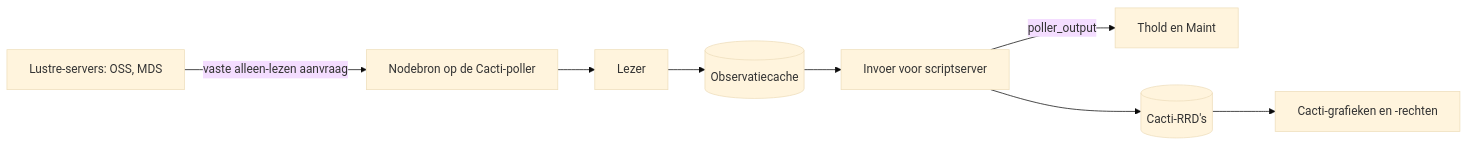
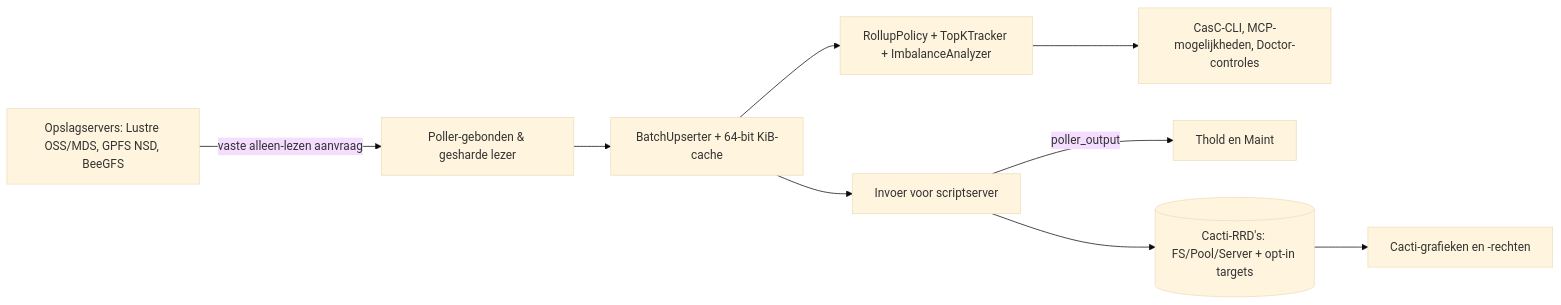
The diagram in docs/i18n/nl-NL/README.md (somethingwithproof/plugin_pfs), drawn with Mermaid (base theme) before and after one commit. The commit also changed other lines of this file and 47 other files, not shown here.

````diff
--- a/docs/i18n/nl-NL/README.md
+++ b/docs/i18n/nl-NL/README.md
@@ -74,10 +82,11 @@
 ```mermaid
 flowchart LR
-    N[Lustre-servers: OSS, MDS] -->|vaste alleen-lezen aanvraag| S[Nodebron op de Cacti-poller]
-    S --> R[Lezer]
-    R --> C[(Observatiecache)]
-    C --> SS[Invoer voor scriptserver]
-    SS -->|poller_output| T[Thold en Maint]
-    SS --> RRD[(Cacti-RRD's)]
-    RRD --> G[Cacti-grafieken en -rechten]
+    N["Opslagservers: Lustre OSS/MDS, GPFS NSD, BeeGFS"] -->|vaste alleen-lezen aanvraag| S["Poller-gebonden & gesharde lezer"]
+    S --> B["BatchUpserter + 64-bit KiB-cache"]
+    B --> R["RollupPolicy + TopKTracker + ImbalanceAnalyzer"]
+    B --> SS["Invoer voor scriptserver"]
+    R --> ECO["CasC-CLI, MCP-mogelijkheden, Doctor-controles"]
+    SS -->|poller_output| T["Thold en Maint"]
+    SS --> RRD[("Cacti-RRD's: FS/Pool/Server + opt-in targets")]
+    RRD --> G["Cacti-grafieken en -rechten"]
 ```
````
